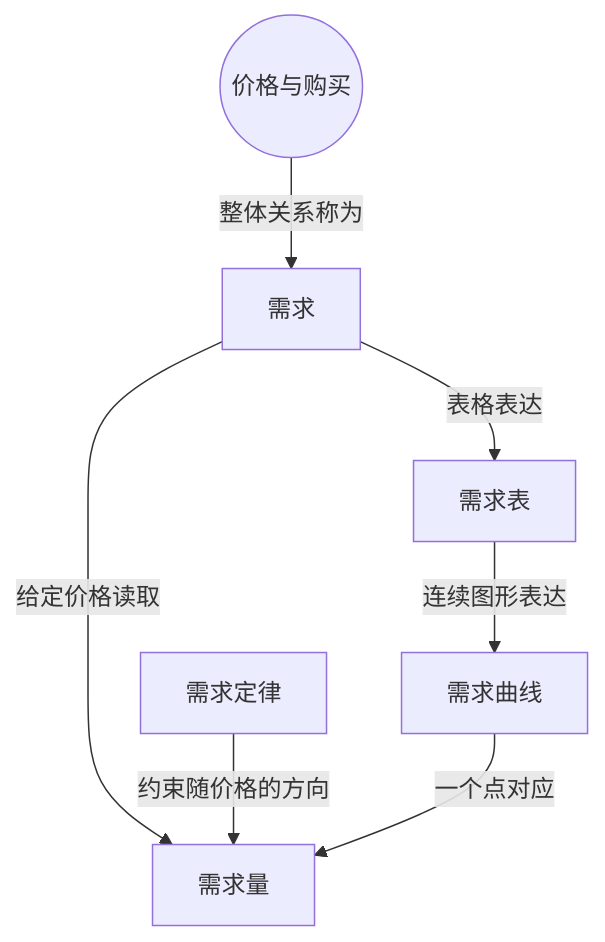
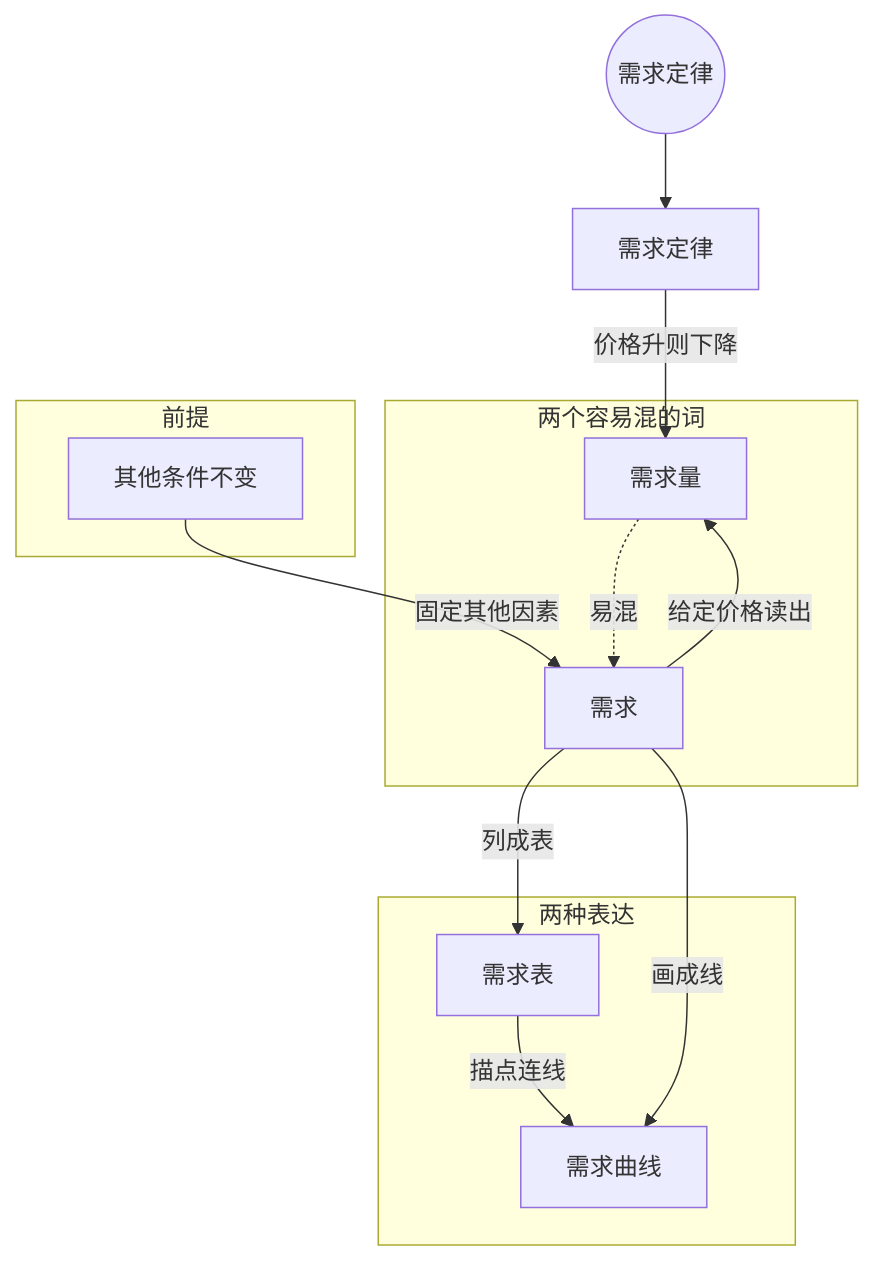
Before and after one commit to lucky-Luor/bilibili-douyin-notes: the diagram in examples/可汗微观经济学-前15集/notes/008-第8讲 需求定律.md, drawn with Mermaid. The commit also changed other lines of this file and 18 other files, not shown here.

````diff
--- a/examples/可汗微观经济学-前15集/notes/008-第8讲 需求定律.md
+++ b/examples/可汗微观经济学-前15集/notes/008-第8讲 需求定律.md
@@ -31,9 +103,19 @@
 ```mermaid
 graph TD
-  R((价格与购买)) -->|整体关系称为| D[需求]
-  D -->|给定价格读取| Q[需求量]
-  L[需求定律] -->|约束随价格的方向| Q
-  D -->|表格表达| S[需求表]
-  S -->|连续图形表达| C[需求曲线]
-  C -->|一个点对应| Q
+  R((需求定律))
+  subgraph 两个容易混的词
+    D[需求] -->|给定价格读出| Q[需求量]
+  end
+  subgraph 前提
+    CP[其他条件不变]
+  end
+  subgraph 两种表达
+    S[需求表] -->|描点连线| C[需求曲线]
+  end
+  R --> L[需求定律]
+  L -->|价格升则下降| Q
+  CP -->|固定其他因素| D
+  D -->|列成表| S
+  D -->|画成线| C
+  Q -.->|易混| D
 ```
````
